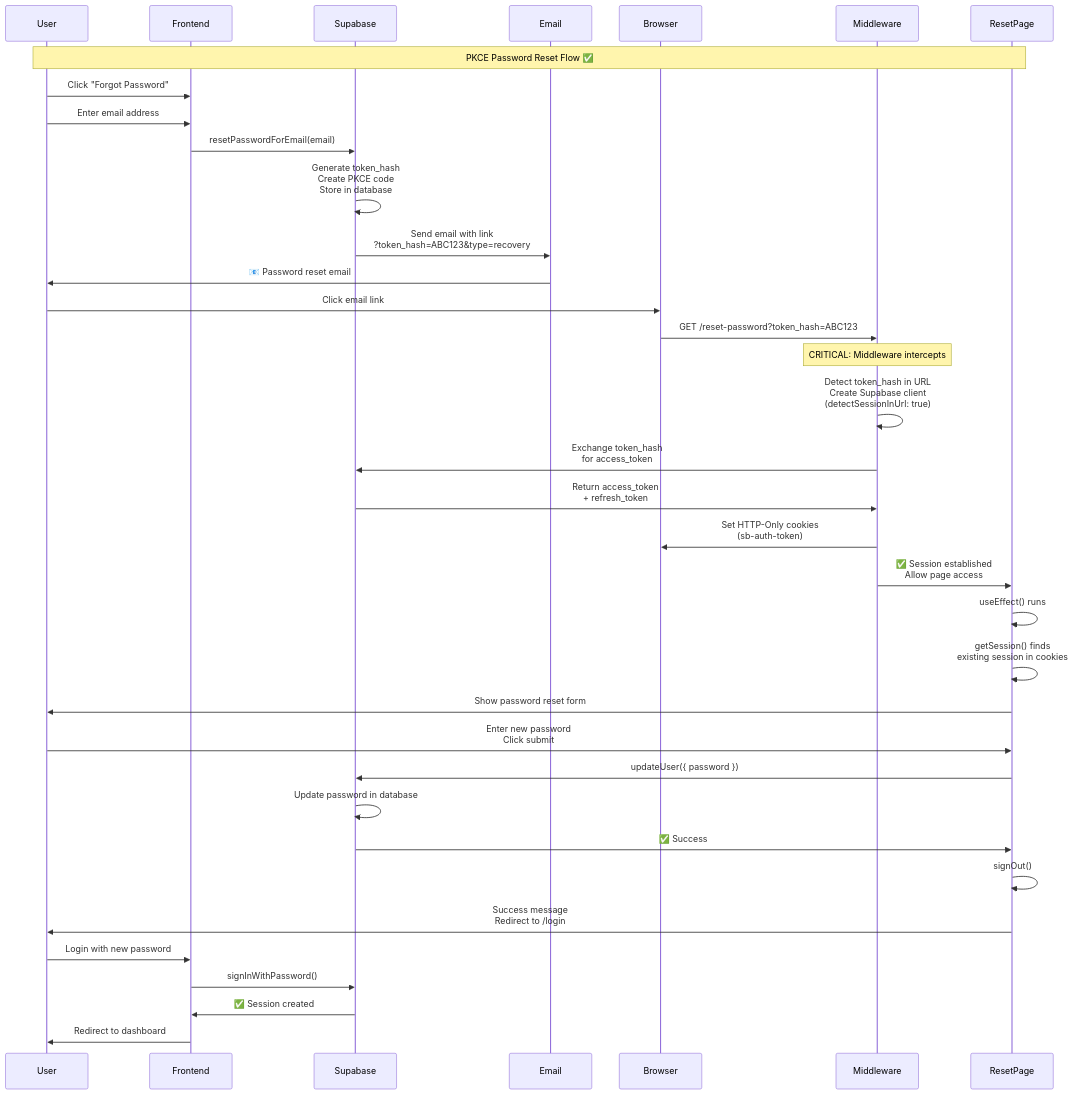
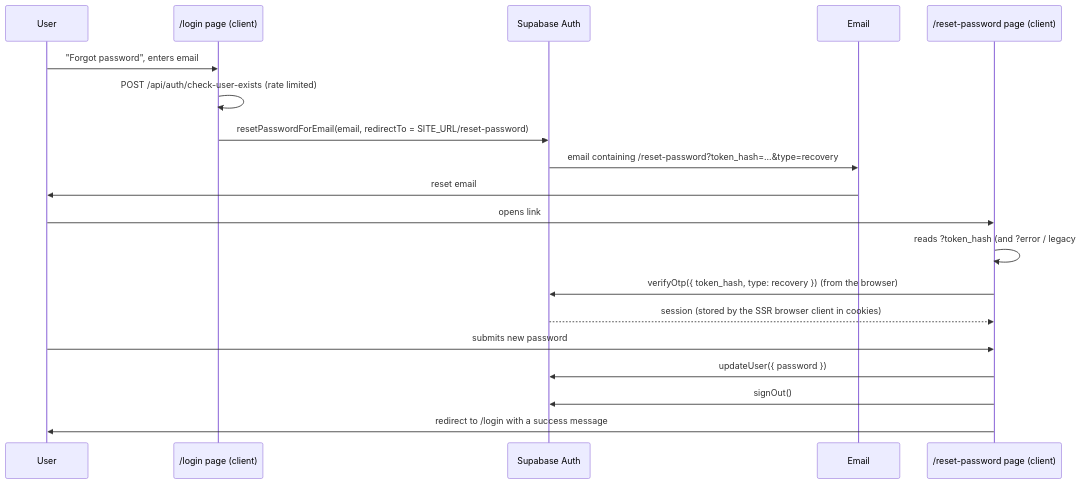
The diagram in my-app/docs/Password-reset.md (Ujjwaljain16/CampusSync), drawn with Mermaid before and after one commit. The commit also changed other lines of this file and 32 other files, not shown here.

````diff
--- a/my-app/docs/Password-reset.md
+++ b/my-app/docs/Password-reset.md
@@ -5,45 +19,22 @@
 ```mermaid
 sequenceDiagram
-    participant User
-    participant Frontend
-    participant Supabase
-    participant Email
-    participant Browser
-    participant Middleware
-    participant ResetPage
+    participant U as User
+    participant L as /login page (client)
+    participant S as Supabase Auth
+    participant M as Email
+    participant R as /reset-password page (client)
 
-    Note over User,ResetPage: PKCE Password Reset Flow ✅
-
-    User->>Frontend: Click "Forgot Password"
-    User->>Frontend: Enter email address
-    Frontend->>Supabase: resetPasswordForEmail(email)
-    Supabase->>Supabase: Generate token_hash<br/>Create PKCE code<br/>Store in database
-    Supabase->>Email: Send email with link<br/>?token_hash=ABC123&type=recovery
-    Email->>User: 📧 Password reset email
-    
-    User->>Browser: Click email link
-    Browser->>Middleware: GET /reset-password?token_hash=ABC123
-    
-    Note over Middleware: CRITICAL: Middleware intercepts
-    Middleware->>Middleware: Detect token_hash in URL<br/>Create Supabase client<br/>(detectSessionInUrl: true)
-    Middleware->>Supabase: Exchange token_hash<br/>for access_token
-    Supabase->>Middleware: Return access_token<br/>+ refresh_token
-    Middleware->>Browser: Set HTTP-Only cookies<br/>(sb-auth-token)
-    Middleware->>ResetPage: ✅ Session established<br/>Allow page access
-    
-    ResetPage->>ResetPage: useEffect() runs
-    ResetPage->>ResetPage: getSession() finds<br/>existing session in cookies
-    ResetPage->>User: Show password reset form
-    
-    User->>ResetPage: Enter new password<br/>Click submit
-    ResetPage->>Supabase: updateUser({ password })
-    Supabase->>Supabase: Update password in database
-    Supabase->>ResetPage: ✅ Success
-    ResetPage->>ResetPage: signOut()
-    ResetPage->>User: Success message<br/>Redirect to /login
-    
-    User->>Frontend: Login with new password
-    Frontend->>Supabase: signInWithPassword()
-    Supabase->>Frontend: ✅ Session created
-    Frontend->>User: Redirect to dashboard
+    U->>L: "Forgot password", enters email
+    L->>L: POST /api/auth/check-user-exists (rate limited)
+    L->>S: resetPasswordForEmail(email, redirectTo = SITE_URL/reset-password)
+    S->>M: email containing /reset-password?token_hash=...&type=recovery
+    M->>U: reset email
+    U->>R: opens link
+    R->>R: reads ?token_hash (and ?error / legacy #access_token)
+    R->>S: verifyOtp({ token_hash, type: recovery })  (from the browser)
+    S-->>R: session (stored by the SSR browser client in cookies)
+    U->>R: submits new password
+    R->>S: updateUser({ password })
+    R->>S: signOut()
+    R->>U: redirect to /login with a success message
 ```
````
